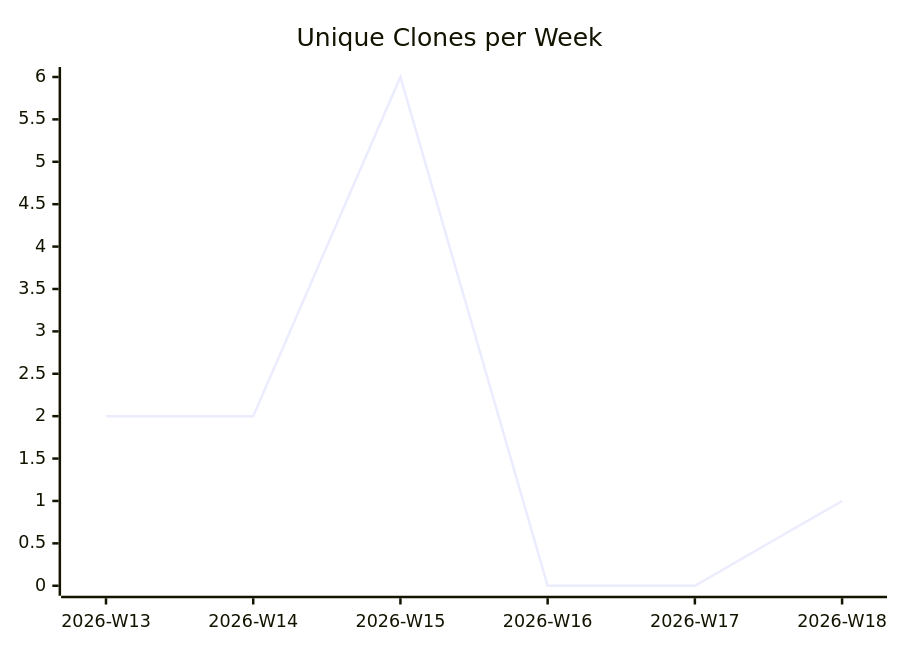
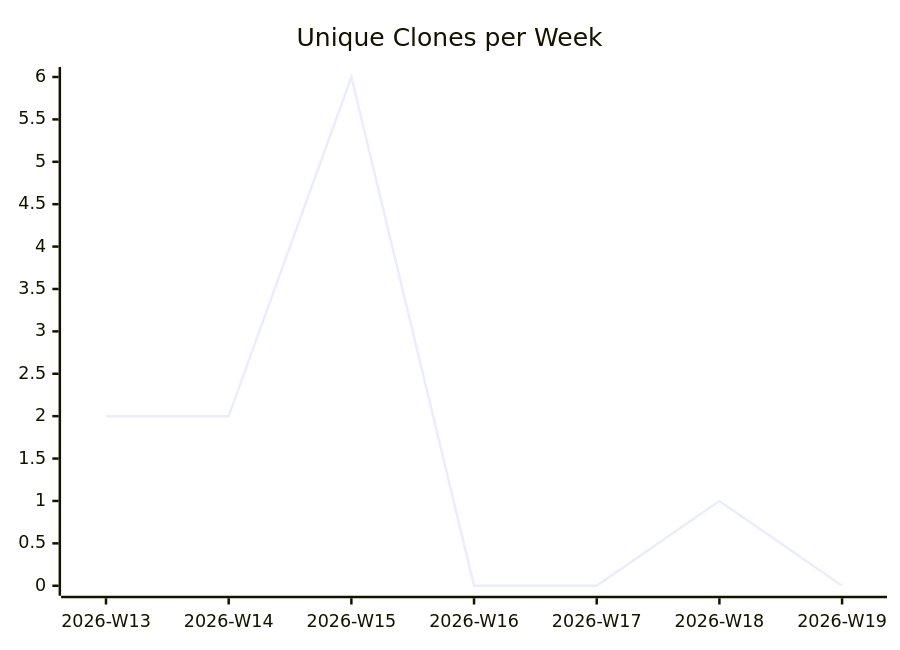
Before and after one commit to justdavis-family/github-analytics-data: the third of 3 diagrams in karlmdavis/m2e-core-tests/README.md, drawn with Mermaid. The commit also changed other lines of this file and 187 other files, not shown here.

````diff
--- a/karlmdavis/m2e-core-tests/README.md
+++ b/karlmdavis/m2e-core-tests/README.md
@@ -19,6 +19,6 @@
 ```mermaid
 xychart-beta
   title "Unique Clones per Week"
-  x-axis ["2026-W13", "2026-W14", "2026-W15", "2026-W16", "2026-W17", "2026-W18"]
-  line [2, 2, 6, 0, 0, 1]
+  x-axis ["2026-W13", "2026-W14", "2026-W15", "2026-W16", "2026-W17", "2026-W18", "2026-W19"]
+  line [2, 2, 6, 0, 0, 1, 0]
 ```
````
